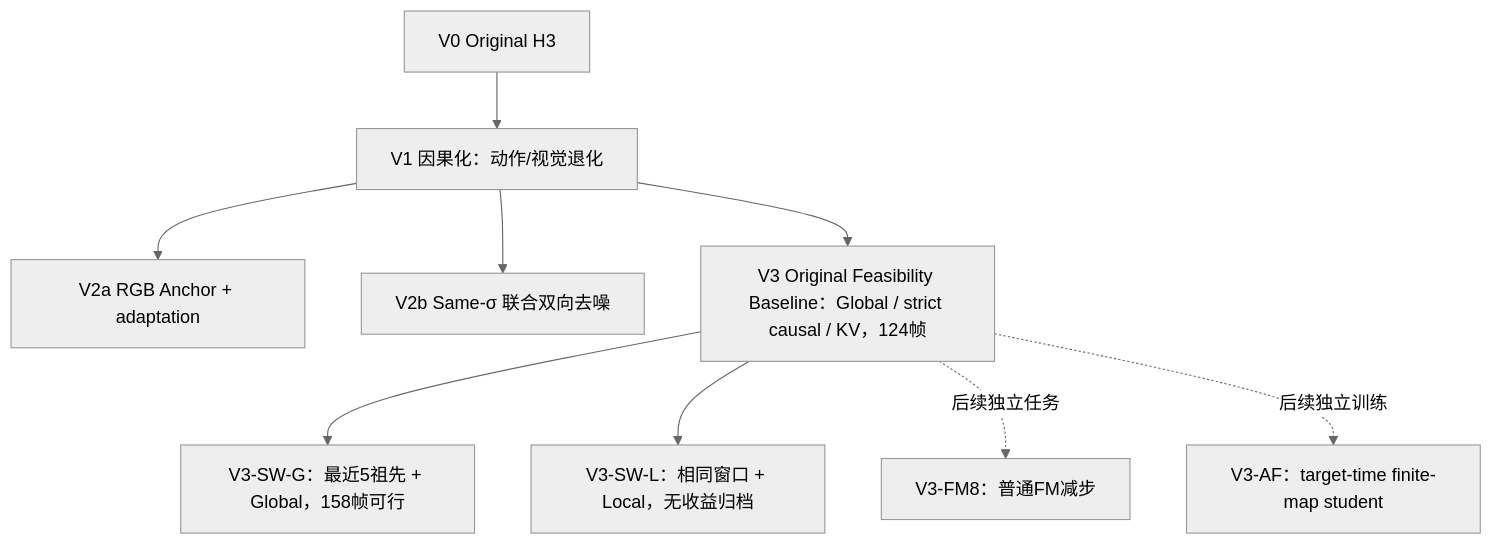
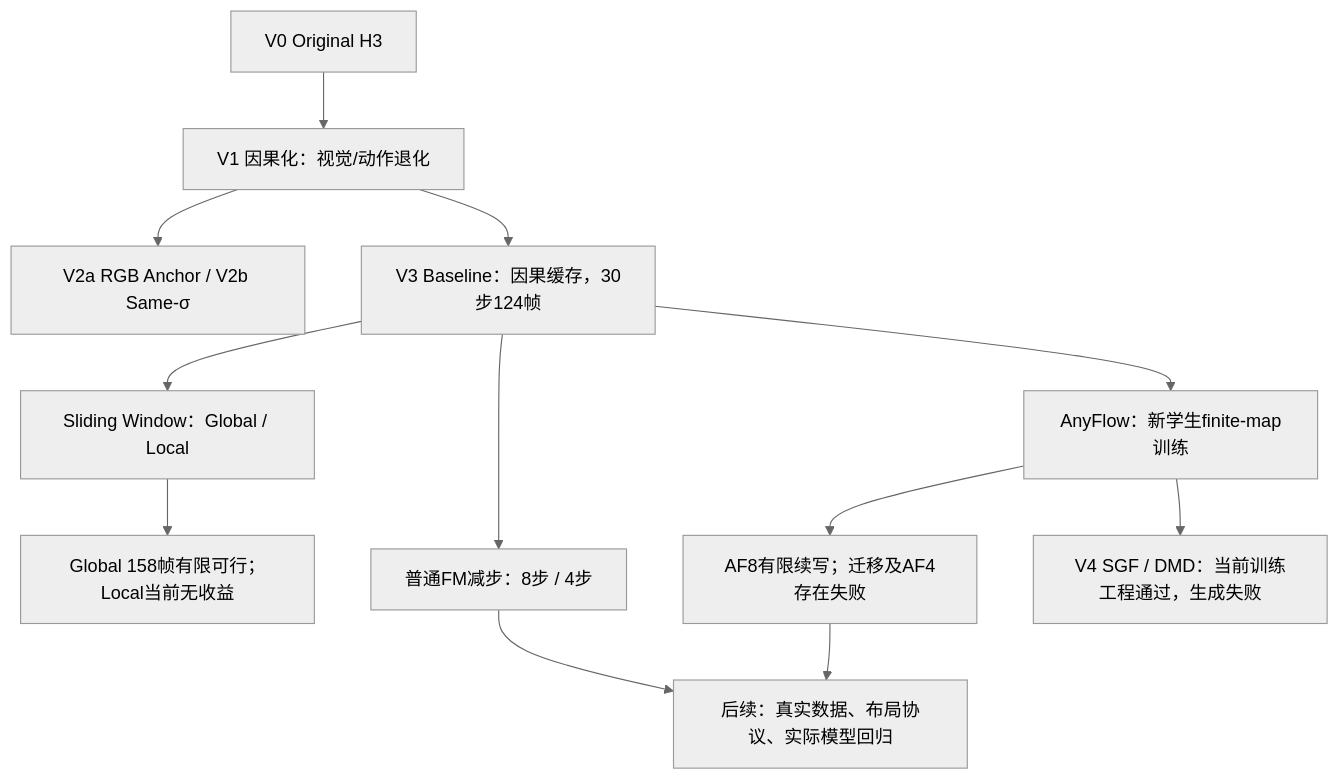
The diagram in report/roadmap.md (alexmqth/H3-SolarWM), drawn with Mermaid (neutral theme) before and after one commit. The commit also changed other lines of this file and 149 other files, not shown here.

Commit message:
Organize V3 sliding window and FM-AnyFlow reports, classify DMD under V4 SGF

````diff
--- a/report/roadmap.md
+++ b/report/roadmap.md
@@ -3,11 +3,14 @@
 ```mermaid
 flowchart TD
-  V0["V0 Original H3"] --> V1["V1 因果化：动作/视觉退化"]
-  V1 --> V2a["V2a RGB Anchor + adaptation"]
-  V1 --> V2b["V2b Same-σ 联合双向去噪"]
-  V1 --> B["V3 Original Feasibility Baseline：Global / strict causal / KV，124帧"]
-  B --> G["V3-SW-G：最近5祖先 + Global，158帧可行"]
-  B --> L["V3-SW-L：相同窗口 + Local，无收益归档"]
-  B -. "后续独立任务" .-> FM["V3-FM8：普通FM减步"]
-  B -. "后续独立训练" .-> AF["V3-AF：target-time finite-map student"]
+  O["V0 Original H3"] --> V1["V1 因果化：视觉/动作退化"]
+  V1 --> V2["V2a RGB Anchor / V2b Same-σ"]
+  V1 --> B["V3 Baseline：因果缓存，30步124帧"]
+  B --> SW["Sliding Window：Global / Local"]
+  SW --> G["Global 158帧有限可行；Local当前无收益"]
+  B --> FM["普通FM减步：8步 / 4步"]
+  B --> AF["AnyFlow：新学生finite-map训练"]
+  AF --> E["AF8有限续写；迁移及AF4存在失败"]
+  AF --> D["V4 SGF / DMD：当前训练工程通过，生成失败"]
+  FM --> DATA["后续：真实数据、布局协议、实际模型回归"]
+  E --> DATA
 ```
````
